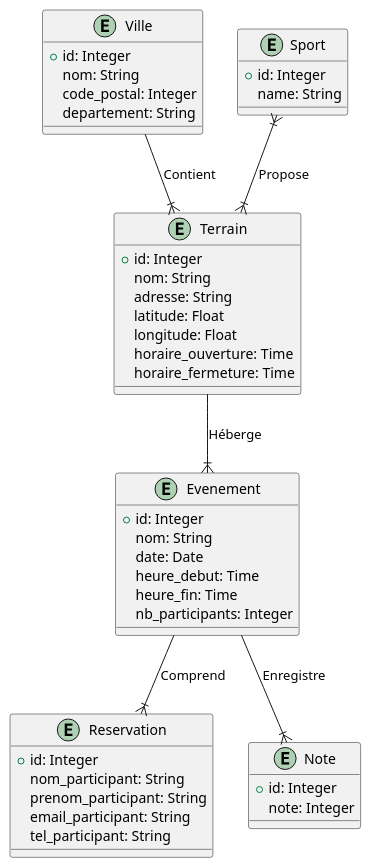
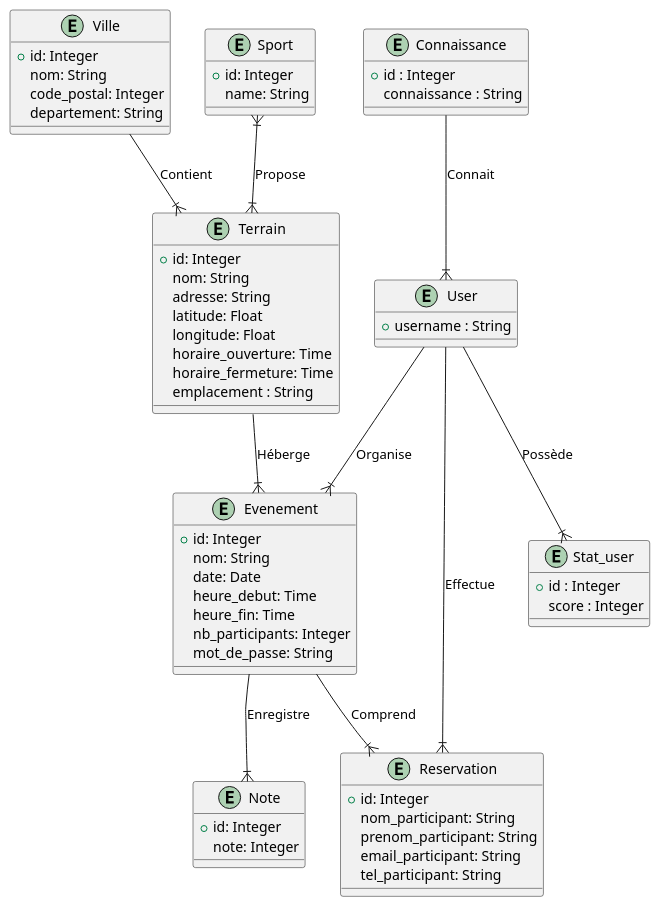
One commit to mfrj22/socsport changed the diagram in src/docs/asciidoc/models/diagEA.puml. Above: the diagram before and after it, drawn with PlantUML. The commit also changed 3 other files, not shown here.

```diff
--- a/src/docs/asciidoc/models/diagEA.puml
+++ b/src/docs/asciidoc/models/diagEA.puml
@@ -1,59 +1,79 @@
 @startuml
 
 entity "Ville" {
   + id: Integer
   nom: String
   code_postal: Integer
   departement: String
 }
 
 entity "Terrain" {
   + id: Integer
   nom: String
   adresse: String
   latitude: Float
   longitude: Float
   horaire_ouverture: Time
   horaire_fermeture: Time
+  emplacement : String
 }
 
 entity "Evenement" {
   + id: Integer
   nom: String
   date: Date
   heure_debut: Time
   heure_fin: Time
   nb_participants: Integer
+  mot_de_passe: String
 }
 
 entity "Sport" {
   + id: Integer
   name: String
 }
 
 entity "Reservation" {
   + id: Integer
   nom_participant: String
   prenom_participant: String
   email_participant: String
   tel_participant: String
 }
 
 entity "Note" {
   + id: Integer
   note: Integer
 }
 
+entity "User" {
+  + username : String
+}
+
+entity "Connaissance" {
+  + id : Integer
+  connaissance : String
+}
+
+entity "Stat_user" {
+  +id : Integer
+  score : Integer
+}
 ' entity "TerrainSportAssociation" {
 '   + terrain_id: Integer
 '   + sport_id: Integer
 ' }
 
 Ville --|{ Terrain : "Contient"
 Terrain --|{ Evenement : "Héberge"
 Evenement --|{ Reservation : "Comprend"
 Evenement --|{ Note : "Enregistre"
 Sport }|--|{ Terrain : "Propose"
+User --|{ Evenement : "Organise"
+Connaissance --|{ User : "Connait"
+User --|{ Reservation : "Effectue"
+User --|{ Stat_user : "Possède"
+
 
 
 @enduml
```
